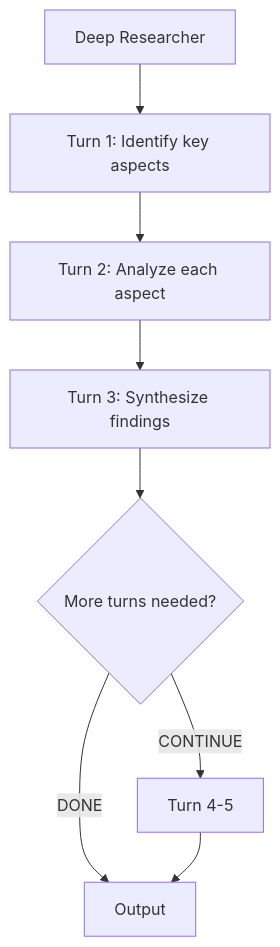
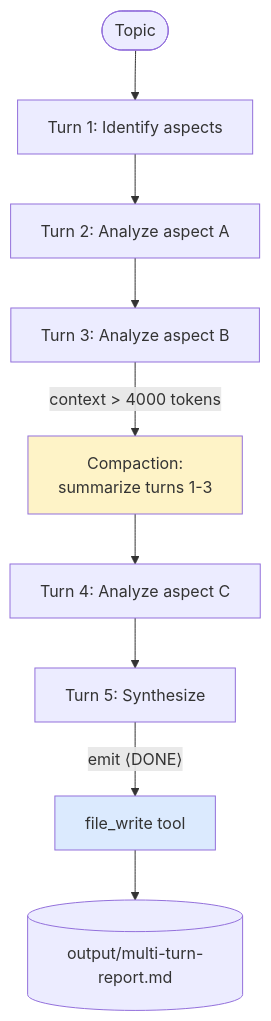
One commit to intelliswarm-ai/swarm-ai-examples changed the diagram in multi-turn-deep-reasoning/README.md. Above: the diagram before and after it, drawn with Mermaid. The commit also changed other lines of this file and 55 other files, not shown here.

````diff
--- a/multi-turn-deep-reasoning/README.md
+++ b/multi-turn-deep-reasoning/README.md
@@ -7,10 +9,14 @@
 ```mermaid
 graph TD
-    A[Deep Researcher] --> B[Turn 1: Identify key aspects]
-    B --> C[Turn 2: Analyze each aspect]
-    C --> D[Turn 3: Synthesize findings]
-    D --> E{More turns needed?}
-    E -->|CONTINUE| F[Turn 4-5]
-    E -->|DONE| G[Output]
-    F --> G
+    Topic([Topic]) --> T1[Turn 1: Identify aspects]
+    T1 --> T2[Turn 2: Analyze aspect A]
+    T2 --> T3[Turn 3: Analyze aspect B]
+    T3 -->|context > 4000 tokens| C[Compaction:<br/>summarize turns 1-3]
+    C --> T4[Turn 4: Analyze aspect C]
+    T4 --> T5[Turn 5: Synthesize]
+    T5 -->|emit ⟨DONE⟩| W[file_write tool]
+    W --> File[(output/multi-turn-report.md)]
+
+    style C fill:#fef3c7
+    style W fill:#dbeafe
 ```
````
